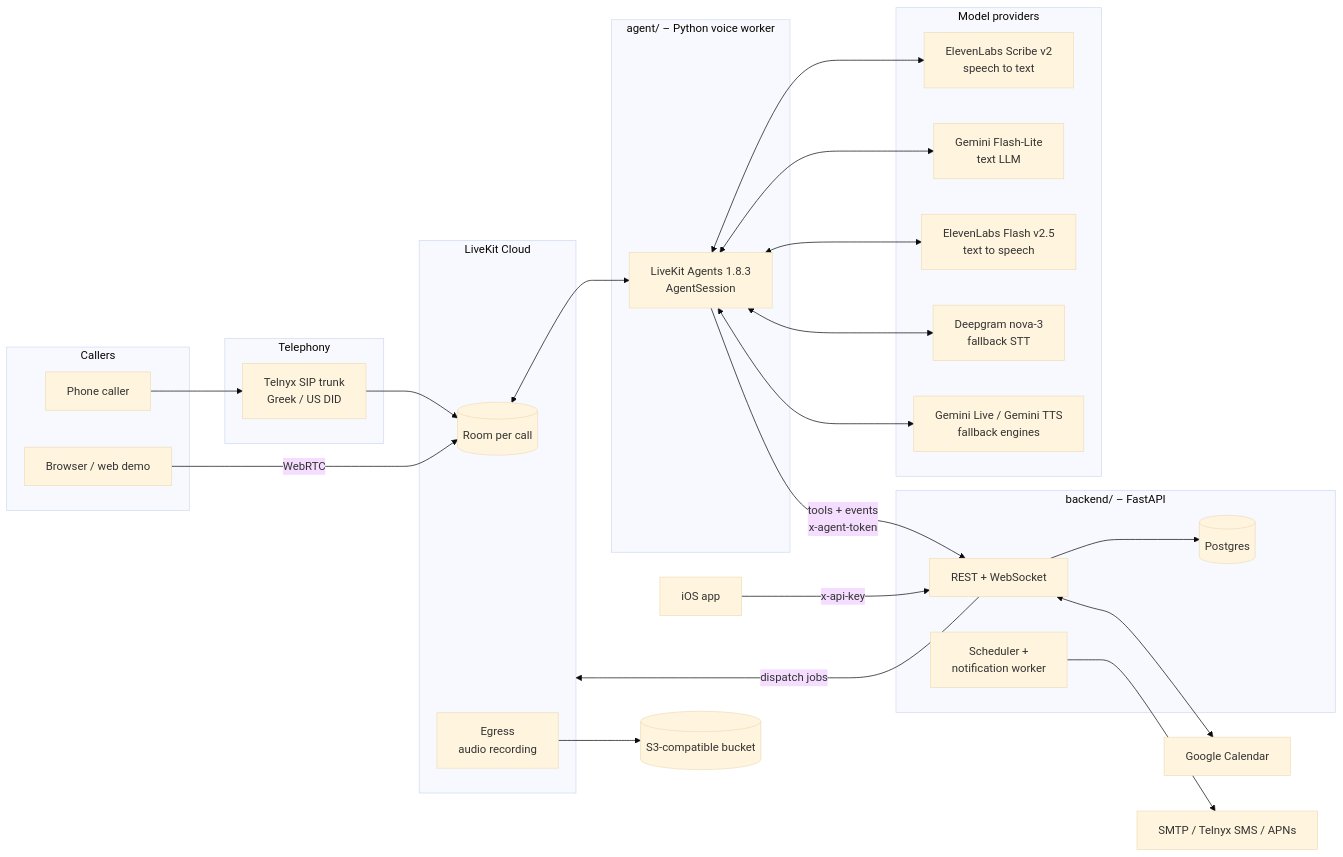
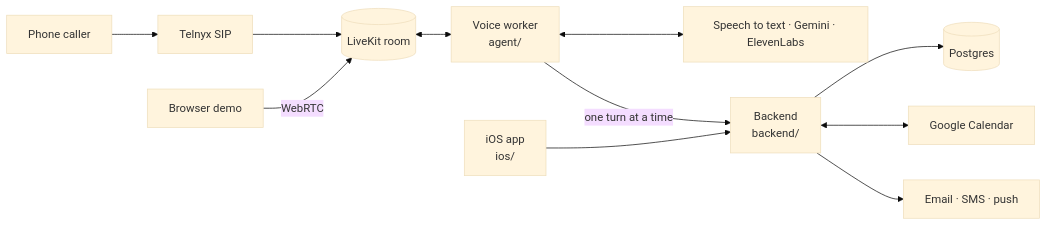
The diagram in README.md (alexkoukos/voiceagent), drawn with Mermaid (base theme) before and after one commit. The commit also changed other lines of this file and 3 other files, not shown here.

First line of the commit message:
README for a public repository; architecture in docs/

````diff
--- a/README.md
+++ b/README.md
@@ -38,51 +9,12 @@
 ```mermaid
 flowchart LR
-    subgraph Callers
-        P[Phone caller]
-        W[Browser / web demo]
-    end
-
-    subgraph Telephony
-        T[Telnyx SIP trunk<br/>Greek / US DID]
-    end
-
-    subgraph LK[LiveKit Cloud]
-        R[(Room per call)]
-        E[Egress<br/>audio recording]
-    end
-
-    subgraph Agent[agent/ – Python voice worker]
-        A[LiveKit Agents 1.8.3<br/>AgentSession]
-    end
-
-    subgraph AI[Model providers]
-        S1[ElevenLabs Scribe v2<br/>speech to text]
-        L[Gemini Flash-Lite<br/>text LLM]
-        S2[ElevenLabs Flash v2.5<br/>text to speech]
-        D[Deepgram nova-3<br/>fallback STT]
-        G[Gemini Live / Gemini TTS<br/>fallback engines]
-    end
-
-    subgraph Backend[backend/ – FastAPI]
-        API[REST + WebSocket]
-        DB[(Postgres)]
-        SCH[Scheduler +<br/>notification worker]
-    end
-
-    S3[(S3-compatible bucket)]
-    GC[Google Calendar]
-    N[SMTP / Telnyx SMS / APNs]
-    iOS[iOS app]
-
-    P --> T --> R
-    W -- WebRTC --> R
-    R <--> A
-    A <--> S1 & L & S2 & D & G
-    A -- tools + events<br/>x-agent-token --> API
-    API --> DB
-    API -- dispatch jobs --> LK
-    E --> S3
-    API <--> GC
-    SCH --> N
-    iOS -- x-api-key --> API
+    P[Phone caller] --> T[Telnyx SIP] --> R[(LiveKit room)]
+    W[Browser demo] -- WebRTC --> R
+    R <--> A[Voice worker<br/>agent/]
+    A <--> M[Speech to text · Gemini · ElevenLabs]
+    A -- one turn at a time --> B[Backend<br/>backend/]
+    B --> DB[(Postgres)]
+    B <--> GC[Google Calendar]
+    B --> N[Email · SMS · push]
+    iOS[iOS app<br/>ios/] --> B
 ```
````
